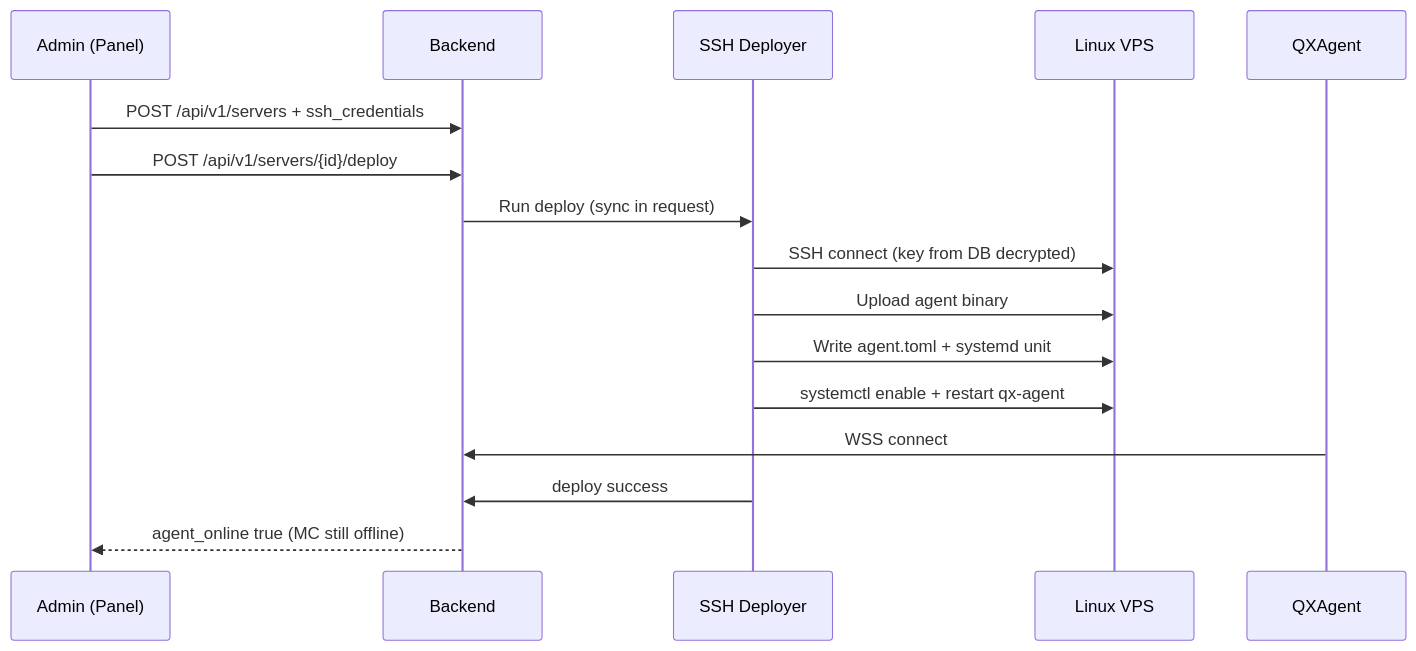
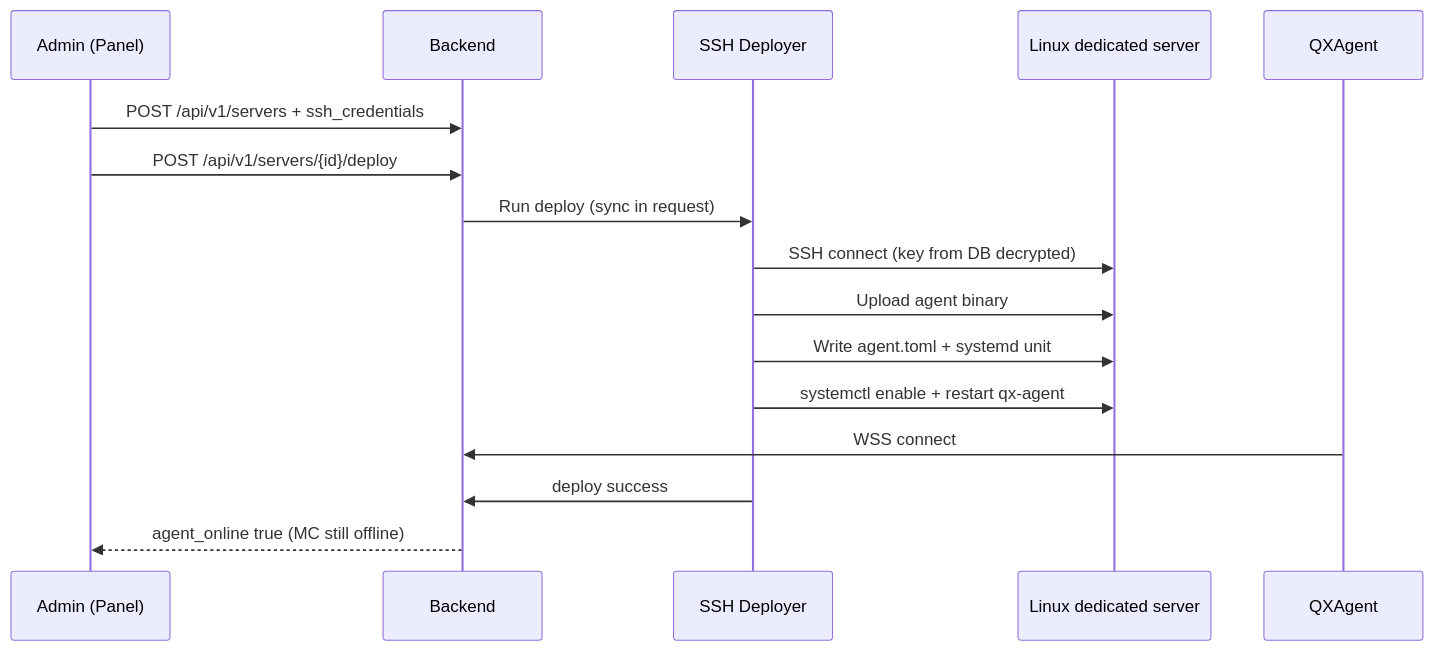
The diagram in docs/ssh-deploy.md (mindevis/qx-project), drawn with Mermaid before and after one commit. The commit also changed other lines of this file and 182 other files, not shown here.

````diff
--- a/docs/ssh-deploy.md
+++ b/docs/ssh-deploy.md
@@ -12,19 +12,19 @@
 ```mermaid
 sequenceDiagram
     participant U as Admin (Panel)
     participant API as Backend
     participant D as SSH Deployer
-    participant VPS as Linux VPS
+    participant DS as Linux dedicated server
     participant A as QXAgent
 
     U->>API: POST /api/v1/servers + ssh_credentials
     U->>API: POST /api/v1/servers/{id}/deploy
     API->>D: Run deploy (sync in request)
-    D->>VPS: SSH connect (key from DB decrypted)
-    D->>VPS: Upload agent binary
-    D->>VPS: Write agent.toml + systemd unit
-    D->>VPS: systemctl enable + restart qx-agent
+    D->>DS: SSH connect (key from DB decrypted)
+    D->>DS: Upload agent binary
+    D->>DS: Write agent.toml + systemd unit
+    D->>DS: systemctl enable + restart qx-agent
     A->>API: WSS connect
     D->>API: deploy success
     API-->>U: agent_online true (MC still offline)
 ```
````
